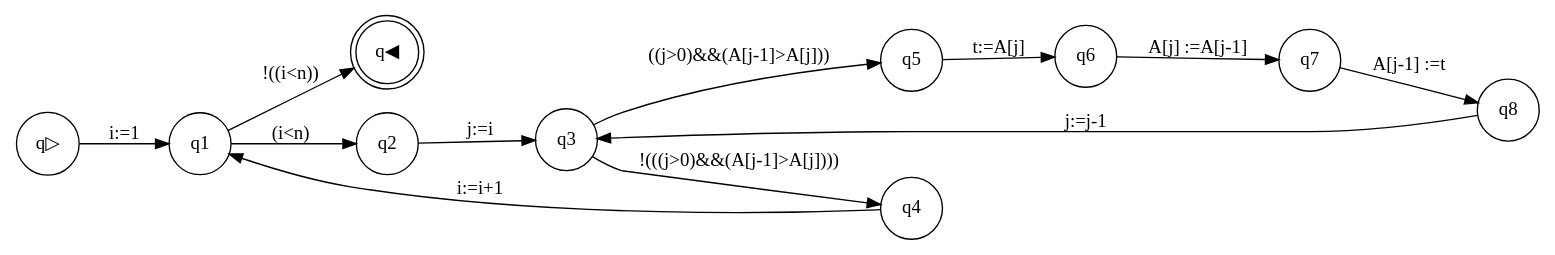
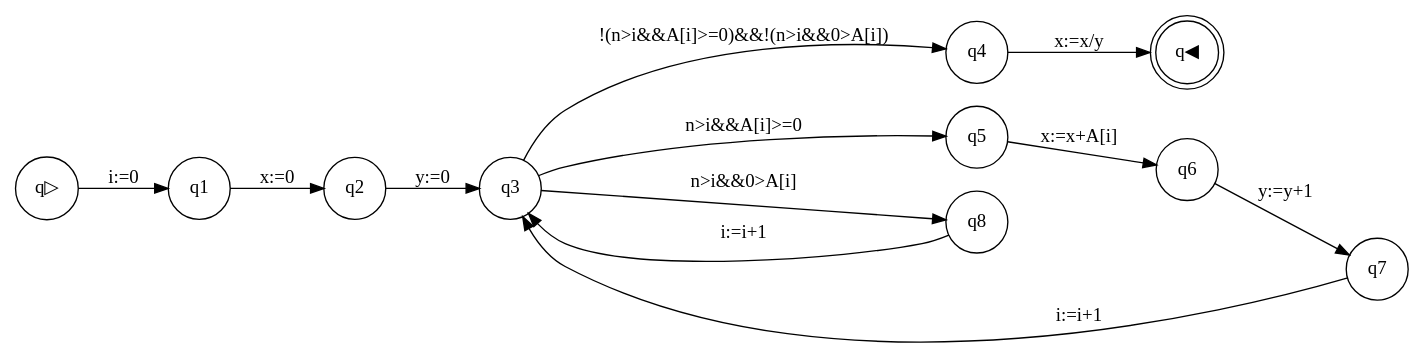
The diagram in graph.dot (gideon-wade/CSM_PA), drawn with Graphviz before and after one commit. The commit also changed 6 other files, not shown here.

```diff
--- a/graph.dot
+++ b/graph.dot
@@ -1,16 +1,16 @@
 digraph program_graph {rankdir=LR;
 node [shape = circle]; q▷;
 node [shape = doublecircle]; q◀;
 node [shape = circle]
-q▷ -> q1 [label = "i:=1"];
-q1 -> q2 [label = "(i<n)"];
-q2 -> q3 [label = "j:=i"];
-q3 -> q4 [label = "!(((j>0)&&(A[j-1]>A[j])))"];
-q3 -> q5 [label = "((j>0)&&(A[j-1]>A[j]))"];
-q4 -> q1 [label = "i:=i+1"];
-q5 -> q6 [label = "t:=A[j]"];
-q6 -> q7 [label = "A[j] :=A[j-1]"];
-q7 -> q8 [label = "A[j-1] :=t"];
-q8 -> q3 [label = "j:=j-1"];
-q1 -> q◀ [label = "!((i<n))"];
+q▷ -> q1 [label = "i:=0"];
+q1 -> q2 [label = "x:=0"];
+q2 -> q3 [label = "y:=0"];
+q3 -> q4 [label = "!(n>i&&A[i]>=0)&&!(n>i&&0>A[i])"];
+q3 -> q5 [label = "n>i&&A[i]>=0"];
+q3 -> q8 [label = "n>i&&0>A[i]"];
+q5 -> q6 [label = "x:=x+A[i]"];
+q6 -> q7 [label = "y:=y+1"];
+q7 -> q3 [label = "i:=i+1"];
+q8 -> q3 [label = "i:=i+1"];
+q4 -> q◀ [label = "x:=x/y"];
 }
```
